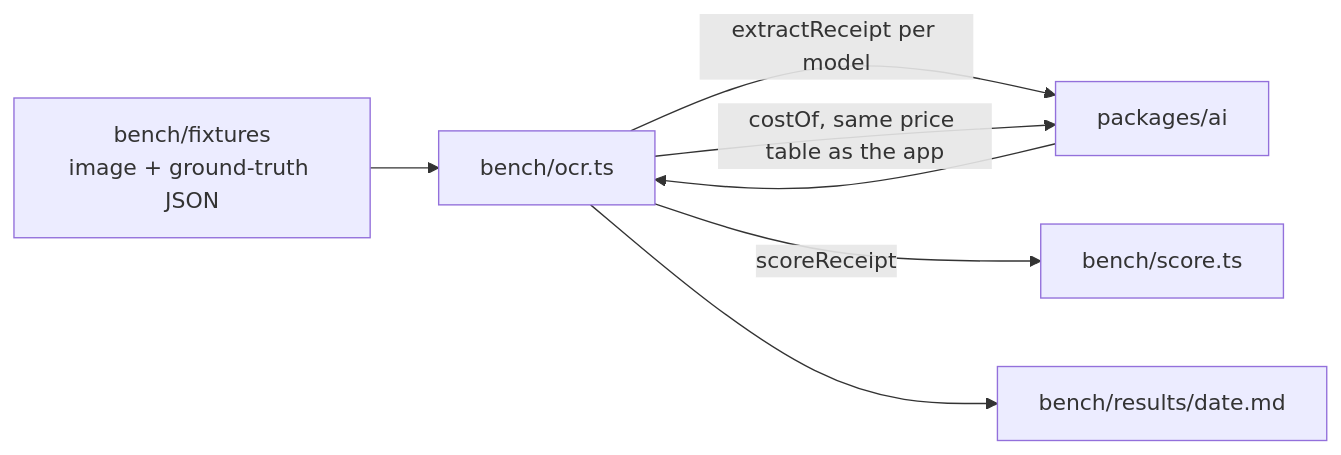
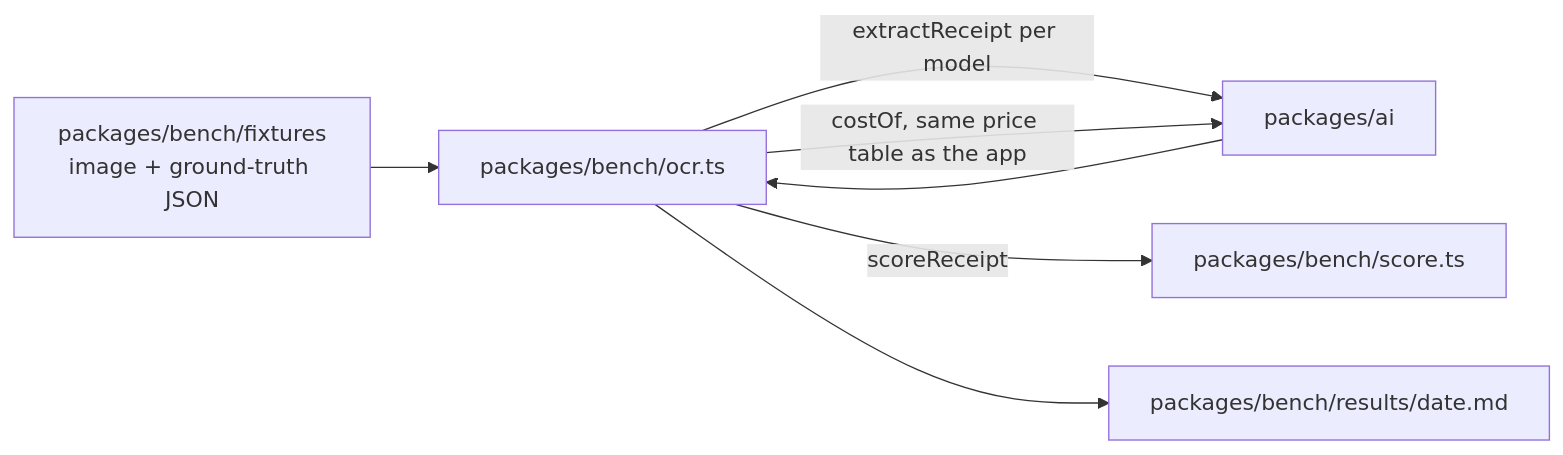
One commit to bhimrazy/receipt-ocr-app changed the first of 3 diagrams in docs/architecture/tooling.md. Above: the diagram before and after it, drawn with Mermaid. The commit also changed other lines of this file and 79 other files, not shown here.

Commit message:
chore: move bench/ into the @receipt-ocr/bench workspace package

````diff
--- a/docs/architecture/tooling.md
+++ b/docs/architecture/tooling.md
@@ -37,9 +37,9 @@
 ```mermaid
 flowchart LR
-  fixtures[bench/fixtures<br/>image + ground-truth JSON] --> run[bench/ocr.ts]
+  fixtures[packages/bench/fixtures<br/>image + ground-truth JSON] --> run[packages/bench/ocr.ts]
   run -- "extractReceipt per model" --> ai[packages/ai]
   ai --> run
-  run -- "scoreReceipt" --> score[bench/score.ts]
+  run -- "scoreReceipt" --> score[packages/bench/score.ts]
   run -- "costOf, same price table as the app" --> ai
-  run --> out[bench/results/date.md]
+  run --> out[packages/bench/results/date.md]
 ```
````
